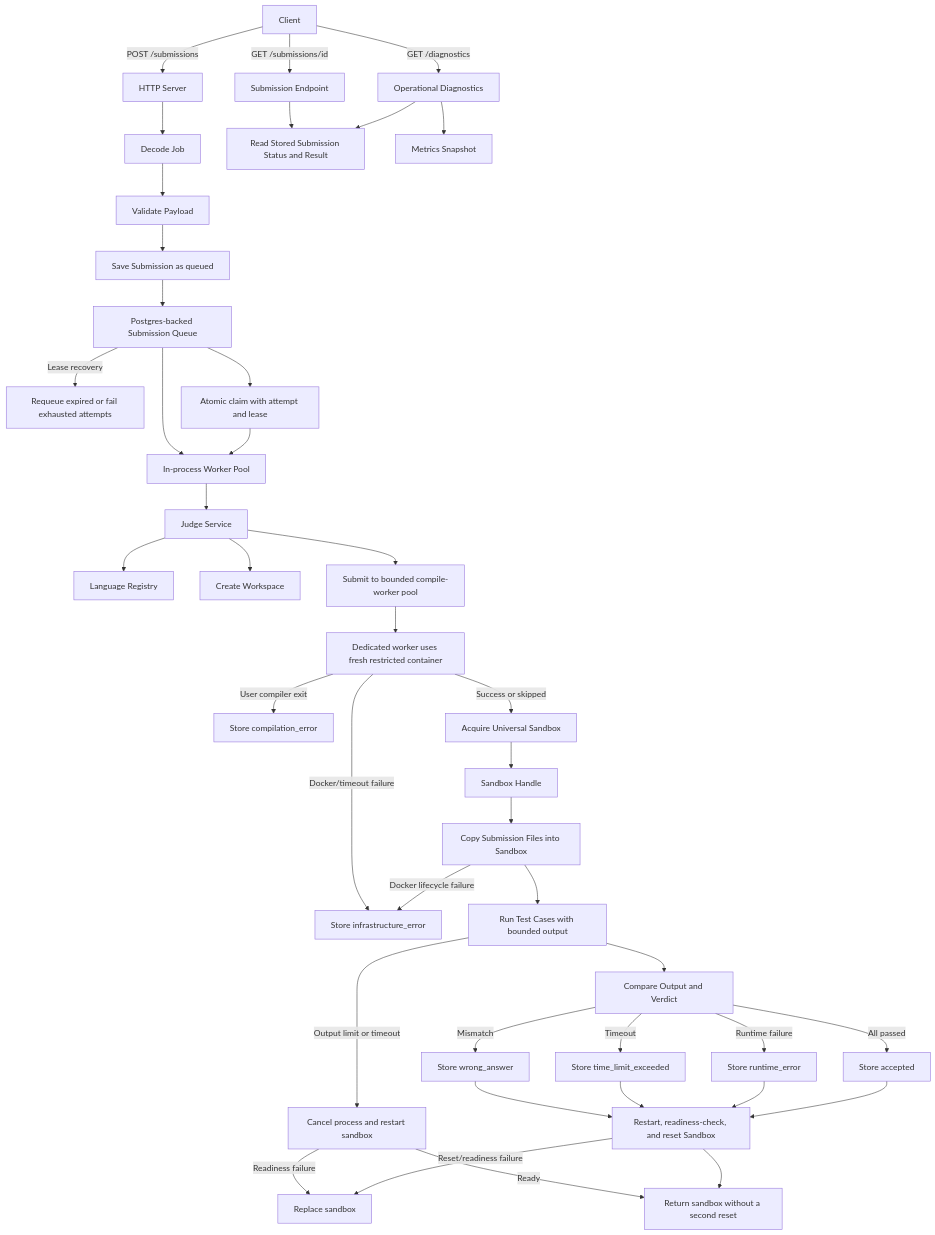
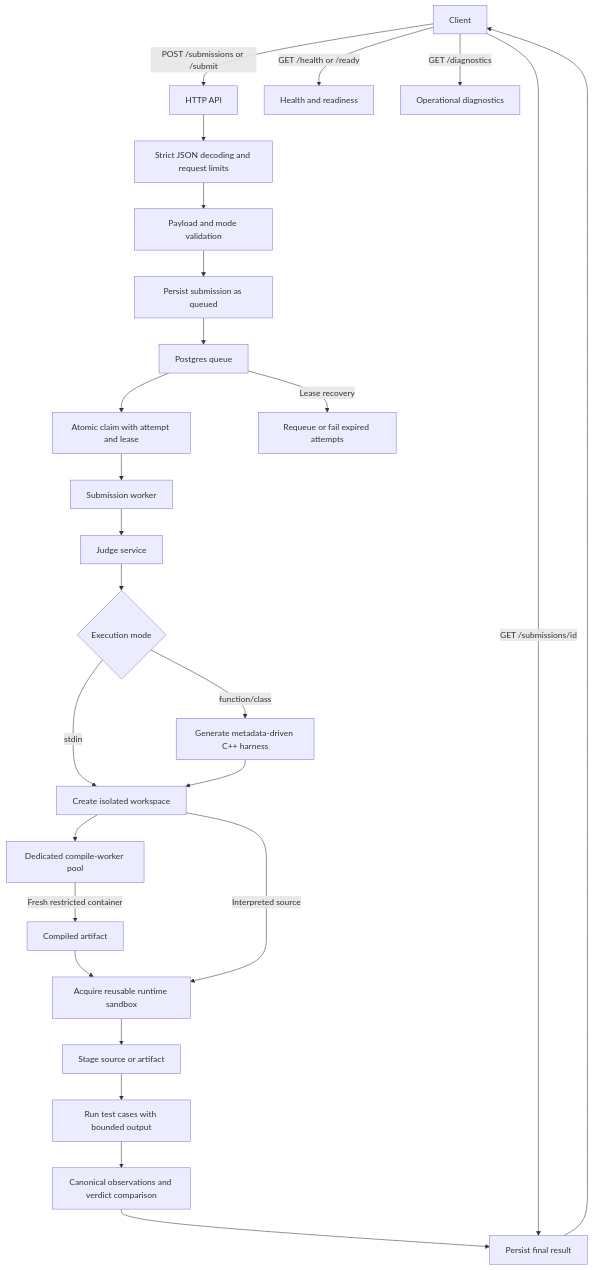
One commit to PixelsBH/YexJudge changed the diagram in architecture.md. Above: the diagram before and after it, drawn with Mermaid. The commit also changed other lines of this file and 20 other files, not shown here.

````diff
--- a/architecture.md
+++ b/architecture.md
@@ -40,43 +13,28 @@
 ```mermaid
 flowchart TD
-    Client[Client] -->|POST /submissions| Server[HTTP Server]
-    Server --> Decode[Decode Job]
-    Decode --> Validate[Validate Payload]
-    Validate --> Store[Save Submission as queued]
-    Store --> Queue[Postgres-backed Submission Queue]
-    Queue --> Worker[In-process Worker Pool]
-    Queue -->|Lease recovery| Recovery[Requeue expired or fail exhausted attempts]
+    Client[Client] -->|POST /submissions or /submit| API[HTTP API]
+    API --> Decode[Strict JSON decoding and request limits]
+    Decode --> Validate[Payload and mode validation]
+    Validate --> Store[Persist submission as queued]
+    Store --> Queue[Postgres queue]
     Queue --> Claim[Atomic claim with attempt and lease]
-    Claim --> Worker
-    Worker --> Service[Judge Service]
-    Service --> Registry[Language Registry]
-    Service --> Workspace[Create Workspace]
-    Service --> CompileWorkers[Submit to bounded compile-worker pool]
-    CompileWorkers --> Compile[Dedicated worker uses fresh restricted container]
-    Compile -->|User compiler exit| CE[Store compilation_error]
-    Compile -->|Docker/timeout failure| IE[Store infrastructure_error]
-    Compile -->|Success or skipped| Acquire[Acquire Universal Sandbox]
-    Acquire --> Sandbox[Sandbox Handle]
-    Sandbox --> Stage[Copy Submission Files into Sandbox]
-    Stage -->|Docker lifecycle failure| IE
-    Stage --> Execute[Run Test Cases with bounded output]
-    Execute --> Compare[Compare Output and Verdict]
-    Compare -->|Mismatch| WA[Store wrong_answer]
-    Compare -->|Timeout| TLE[Store time_limit_exceeded]
-    Compare -->|Runtime failure| RE[Store runtime_error]
-    Compare -->|All passed| AC[Store accepted]
-    WA --> Reset
-    TLE --> Reset
-    RE --> Reset
-    Execute -->|Output limit or timeout| Restart[Cancel process and restart sandbox]
-    Restart -->|Readiness failure| Replace[Replace sandbox]
-    Restart -->|Ready| Release[Return sandbox without a second reset]
-    AC --> Reset[Restart, readiness-check, and reset Sandbox]
-    Reset -->|Reset/readiness failure| Replace
-    Reset --> Release
-    Client -->|GET /submissions/id| Fetch[Submission Endpoint]
-    Fetch --> StoreLookup[Read Stored Submission Status and Result]
-    Client -->|GET /diagnostics| Diagnostics[Operational Diagnostics]
-    Diagnostics --> StoreLookup
-    Diagnostics --> Metrics[Metrics Snapshot]
+    Claim --> Worker[Submission worker]
+    Worker --> Service[Judge service]
+    Service --> Mode{Execution mode}
+    Mode -->|stdin| Workspace[Create isolated workspace]
+    Mode -->|function/class| Harness[Generate metadata-driven C++ harness]
+    Harness --> Workspace
+    Workspace --> Compile[Dedicated compile-worker pool]
+    Compile -->|Fresh restricted container| Artifact[Compiled artifact]
+    Artifact --> Sandbox[Acquire reusable runtime sandbox]
+    Workspace -->|Interpreted source| Sandbox
+    Sandbox --> Stage[Stage source or artifact]
+    Stage --> Execute[Run test cases with bounded output]
+    Execute --> Observe[Canonical observations and verdict comparison]
+    Observe --> Result[Persist final result]
+    Result --> Client
+    Queue -->|Lease recovery| Recovery[Requeue or fail expired attempts]
+    Client -->|GET /submissions/id| Result
+    Client -->|GET /health or /ready| Health[Health and readiness]
+    Client -->|GET /diagnostics| Diagnostics[Operational diagnostics]
 ```
````
